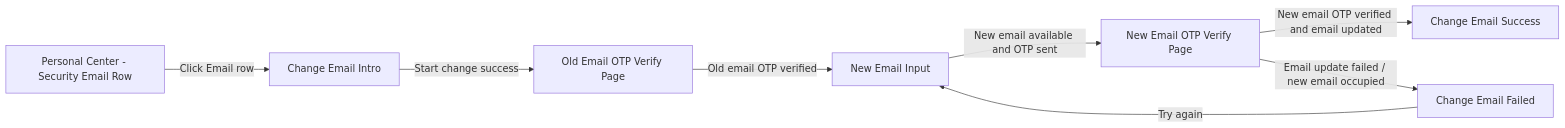
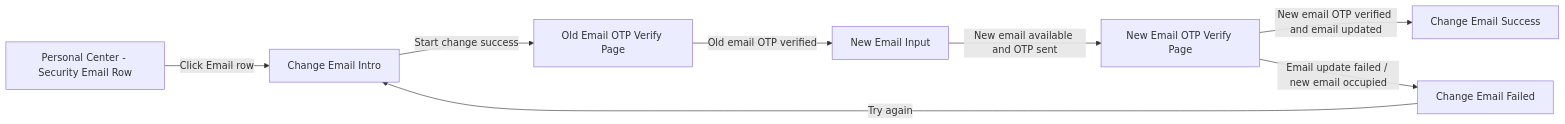
The third of 3 diagrams in requirements/2026-05/account/change-email.md (kelvin381539960-cyber/prd-for-ai), drawn with Mermaid before and after one commit. The commit also changed other lines of this file, not shown here.

Commit message:
Simplify change email sequence and make failure retry return to entry page

````diff
--- a/requirements/2026-05/account/change-email.md
+++ b/requirements/2026-05/account/change-email.md
@@ -210,18 +194,18 @@
 ```mermaid
 flowchart LR
   A[Personal Center - Security Email Row]
   B[Change Email Intro]
   C[Old Email OTP Verify Page]
   D[New Email Input]
   E[New Email OTP Verify Page]
   F[Change Email Success]
   G[Change Email Failed]
 
   A -->|Click Email row| B
   B -->|Start change success| C
   C -->|Old email OTP verified| D
   D -->|New email available and OTP sent| E
   E -->|New email OTP verified and email updated| F
   E -->|Email update failed / new email occupied| G
-  G -->|Try again| D
+  G -->|Try again| B
 ```
````
